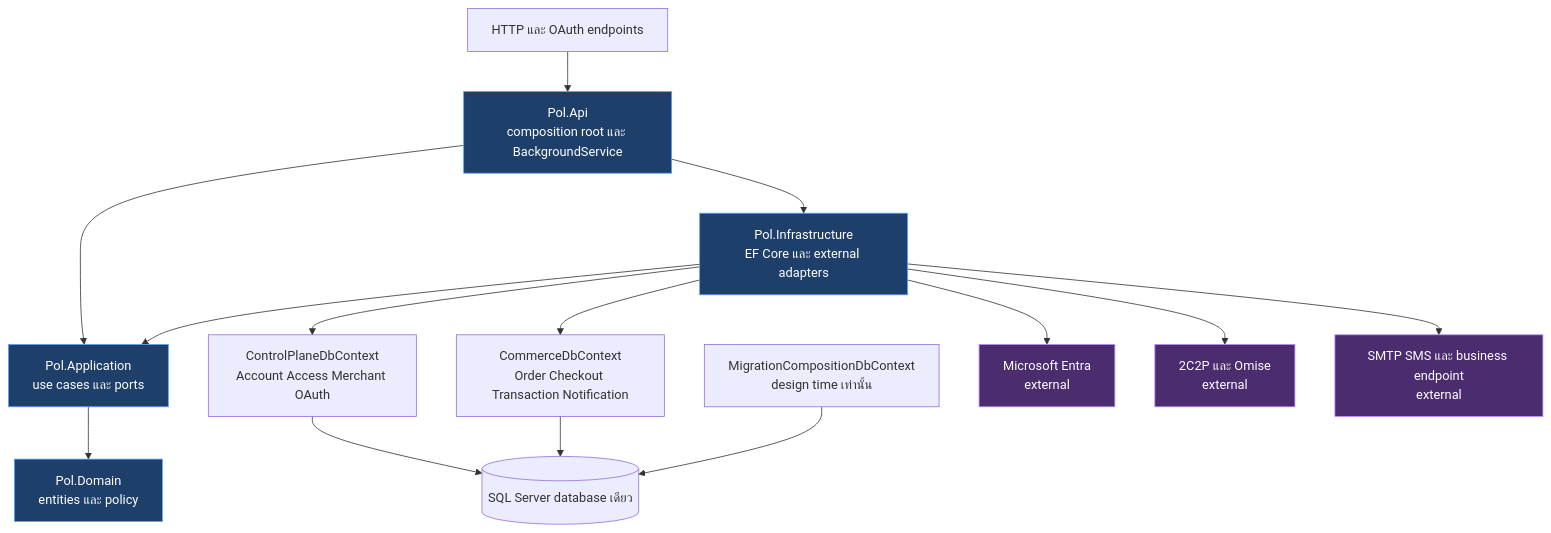
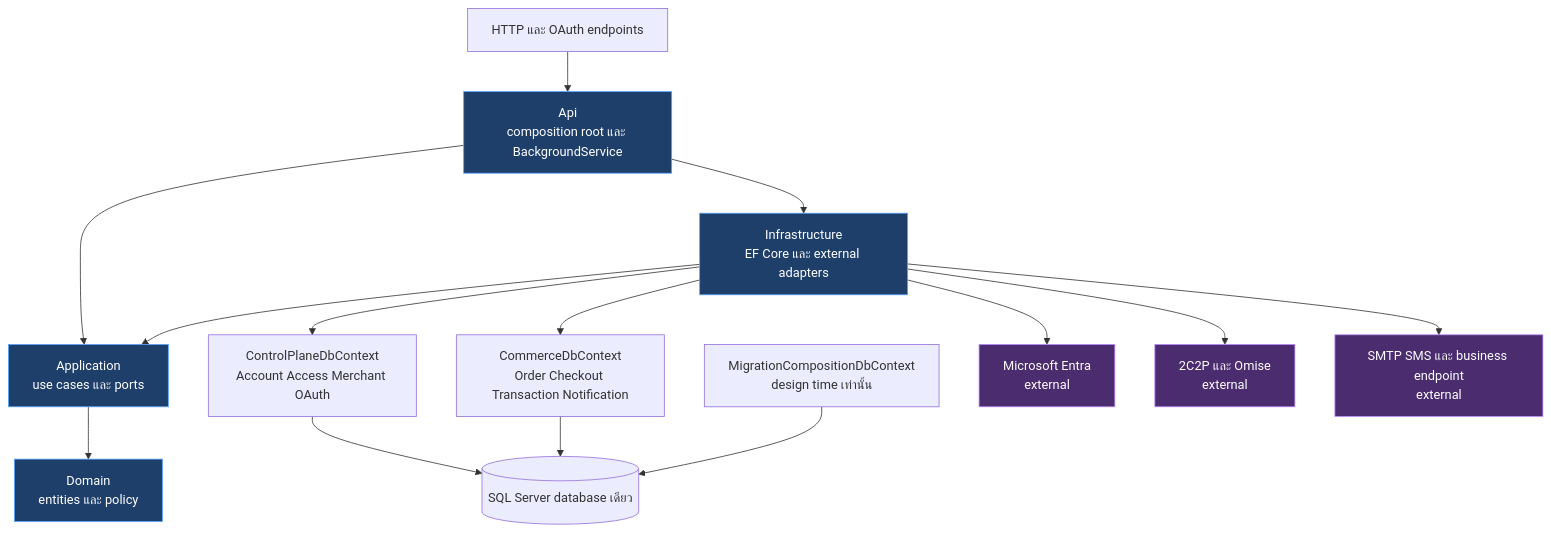
Before and after one commit to metrodiesign/pol-core: the first of 7 diagrams in .ai/specs/platform-restructure-v1/design.md, drawn with Mermaid. The commit also changed other lines of this file and 1178 other files, not shown here.

````diff
--- a/.ai/specs/platform-restructure-v1/design.md
+++ b/.ai/specs/platform-restructure-v1/design.md
@@ -13,21 +13,21 @@
 ```mermaid
 flowchart TD
-    HTTP["HTTP และ OAuth endpoints"] --> API["Pol.Api<br/>composition root และ BackgroundService"]
-    API --> APP["Pol.Application<br/>use cases และ ports"]
-    API --> INF["Pol.Infrastructure<br/>EF Core และ external adapters"]
-    APP --> DOM["Pol.Domain<br/>entities และ policy"]
+    HTTP["HTTP และ OAuth endpoints"] --> API["Api<br/>composition root และ BackgroundService"]
+    API --> APP["Application<br/>use cases และ ports"]
+    API --> INF["Infrastructure<br/>EF Core และ external adapters"]
+    APP --> DOM["Domain<br/>entities และ policy"]
     INF --> APP
     INF --> CP["ControlPlaneDbContext<br/>Account Access Merchant OAuth"]
     INF --> COM["CommerceDbContext<br/>Order Checkout Transaction Notification"]
     CP --> DB[("SQL Server database เดียว")]
     COM --> DB
     MIG["MigrationCompositionDbContext<br/>design time เท่านั้น"] --> DB
     INF --> ENTRA["Microsoft Entra<br/>external"]
     INF --> PSP["2C2P และ Omise<br/>external"]
     INF --> MSG["SMTP SMS และ business endpoint<br/>external"]
 
     classDef gate fill:#1f3f6b,stroke:#58a6ff,color:#fff
     classDef ext fill:#4a2c6f,stroke:#bc8cff,color:#fff
     class API,APP,DOM,INF gate
     class ENTRA,PSP,MSG ext
 ```
````
